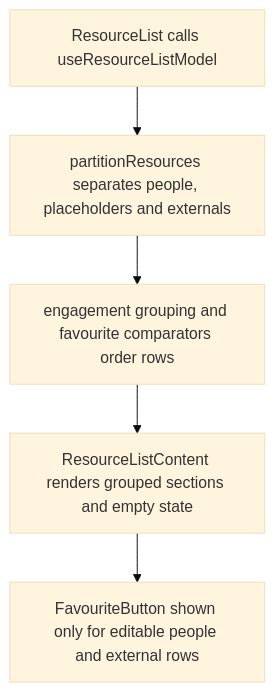
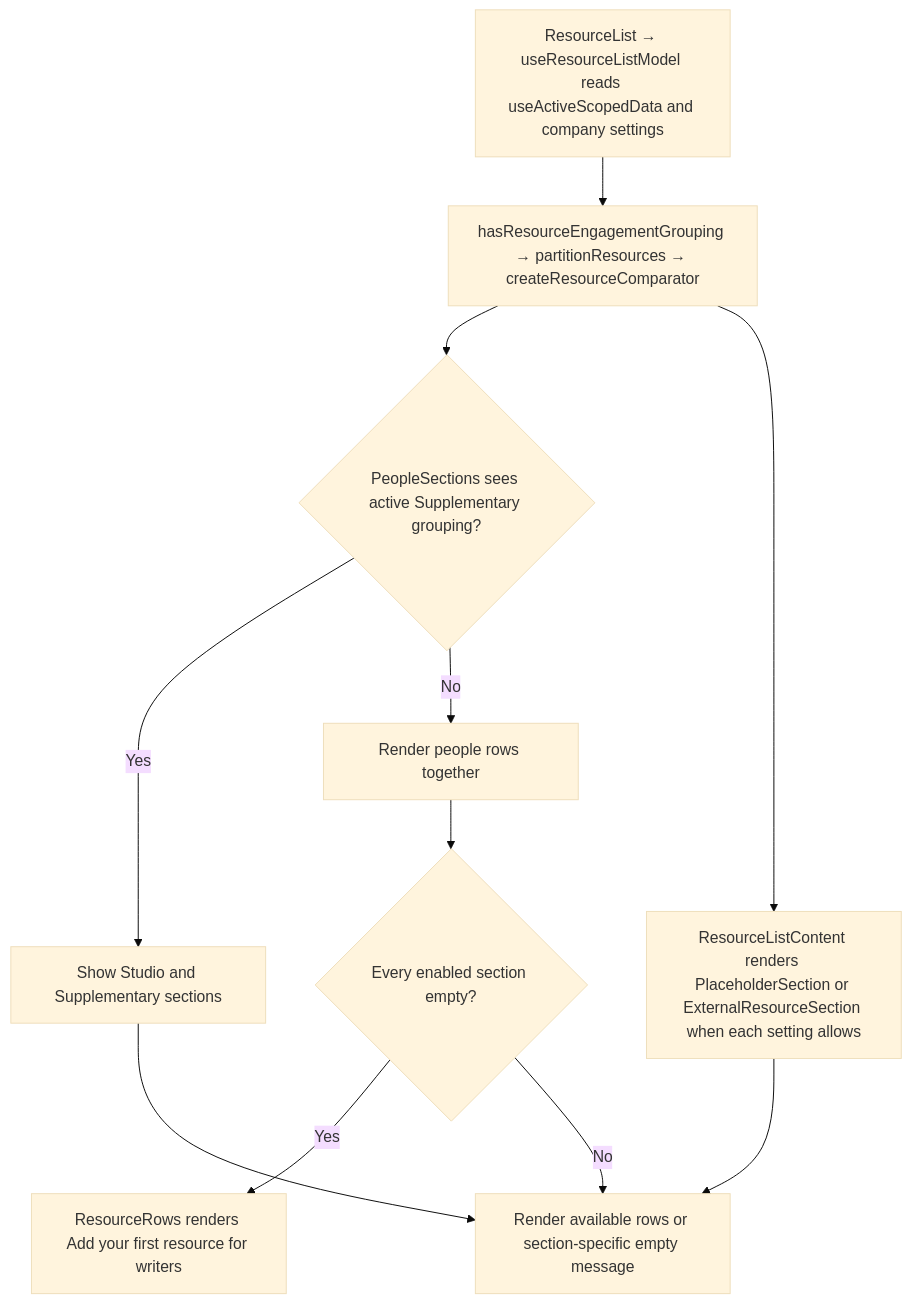
The second of 2 diagrams in user-stories/resources/US-RES-10-resource-list-display.md (Kevinjohn/capacitylens), drawn with Mermaid (base theme) before and after one commit. The commit also changed other lines of this file and 172 other files, not shown here.

Commit message:
docs: reconcile user story code flows with source

````diff
--- a/user-stories/resources/US-RES-10-resource-list-display.md
+++ b/user-stories/resources/US-RES-10-resource-list-display.md
@@ -31,7 +31,13 @@
 ```mermaid
 flowchart TD
-  A["ResourceList calls useResourceListModel"] --> B["partitionResources separates people, placeholders and externals"]
-  B --> C["engagement grouping and favourite comparators order rows"]
-  C --> D["ResourceListContent renders grouped sections and empty state"]
-  D --> E["FavouriteButton shown only for editable people and external rows"]
+  LIST["ResourceList → useResourceListModel reads useActiveScopedData and company settings"] --> GROUP["hasResourceEngagementGrouping → partitionResources → createResourceComparator"]
+  GROUP --> PEOPLE{"PeopleSections sees active Supplementary grouping?"}
+  PEOPLE -->|Yes| SPLIT["Show Studio and Supplementary sections"]
+  PEOPLE -->|No| COMBINED["Render people rows together"]
+  GROUP --> KINDS["ResourceListContent renders PlaceholderSection or ExternalResourceSection when each setting allows"]
+  COMBINED --> EMPTY{"Every enabled section empty?"}
+  EMPTY -->|Yes| ACTION["ResourceRows renders Add your first resource for writers"]
+  EMPTY -->|No| ROWS["Render available rows or section-specific empty message"]
+  SPLIT --> ROWS
+  KINDS --> ROWS
 ```
````
